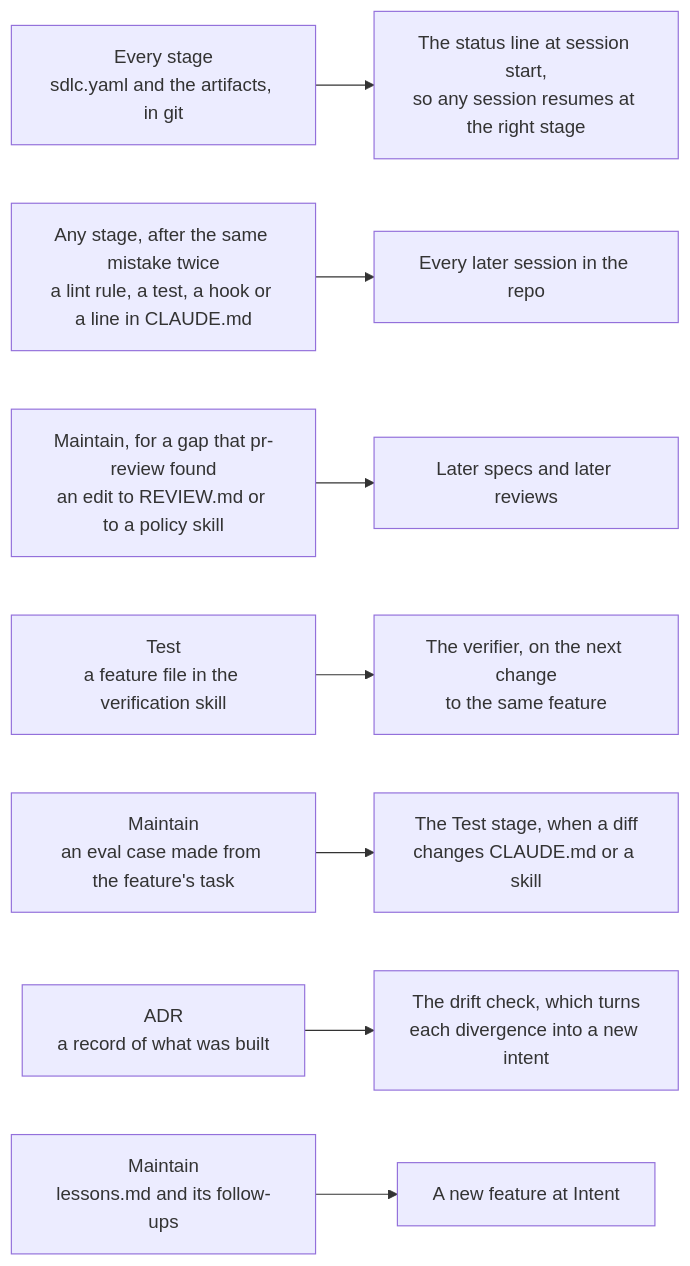
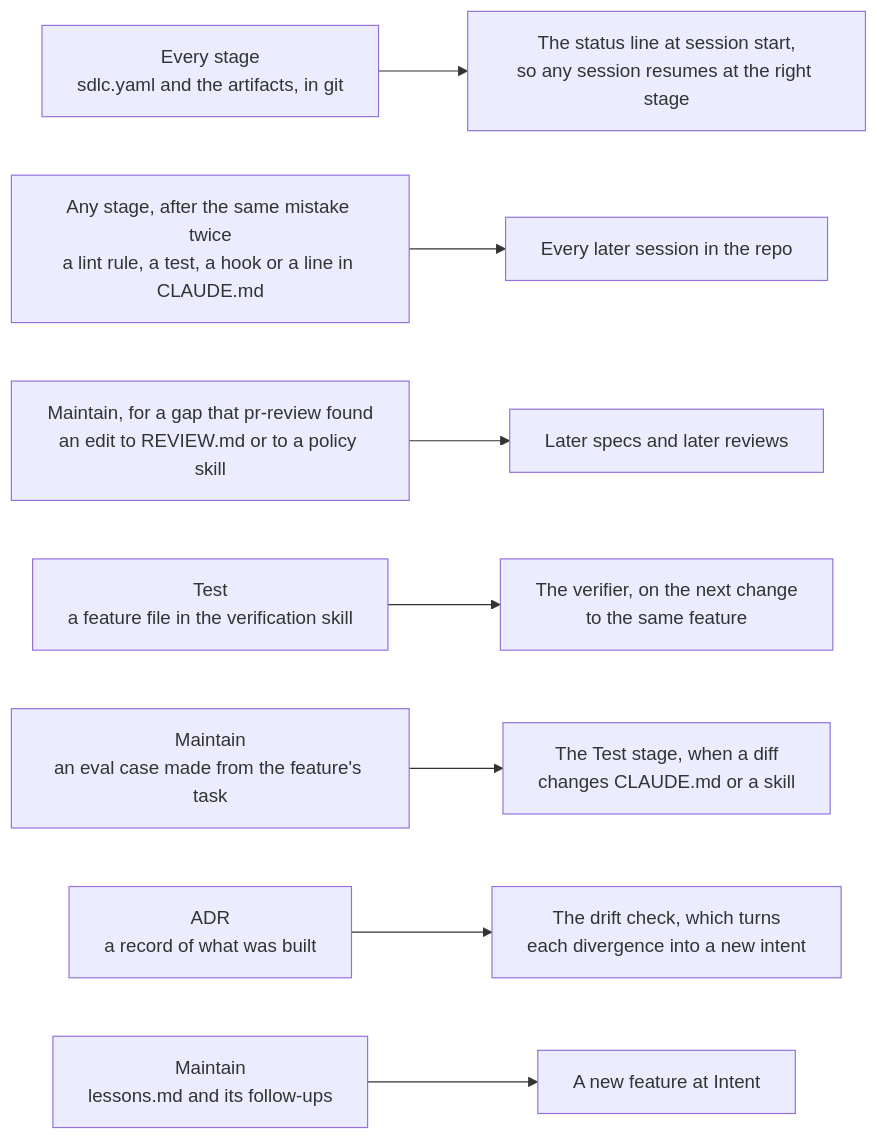
Before and after one commit to aasimsani/sdlc-toolkit: the sixth of 7 diagrams in README.md, drawn with Mermaid. The commit also changed other lines of this file, not shown here.

First line of the commit message:
docs(core): redraw three README diagrams that GitHub rendered too small

````diff
--- a/README.md
+++ b/README.md
@@ -202,10 +219,11 @@
 ```mermaid
+%%{init: {"flowchart": {"wrappingWidth": 280}}}%%
 flowchart LR
     l1["Every stage<br/>sdlc.yaml and the artifacts, in git"] --> r1["The status line at session start,<br/>so any session resumes at the right stage"]
     l2["Any stage, after the same mistake twice<br/>a lint rule, a test, a hook or a line in CLAUDE.md"] --> r2["Every later session in the repo"]
     l3["Maintain, for a gap that pr-review found<br/>an edit to REVIEW.md or to a policy skill"] --> r3["Later specs and later reviews"]
     l4["Test<br/>a feature file in the verification skill"] --> r4["The verifier, on the next change<br/>to the same feature"]
     l5["Maintain<br/>an eval case made from the feature's task"] --> r5["The Test stage, when a diff<br/>changes CLAUDE.md or a skill"]
     l6["ADR<br/>a record of what was built"] --> r6["The drift check, which turns<br/>each divergence into a new intent"]
     l7["Maintain<br/>lessons.md and its follow-ups"] --> r7["A new feature at Intent"]
 ```
````
